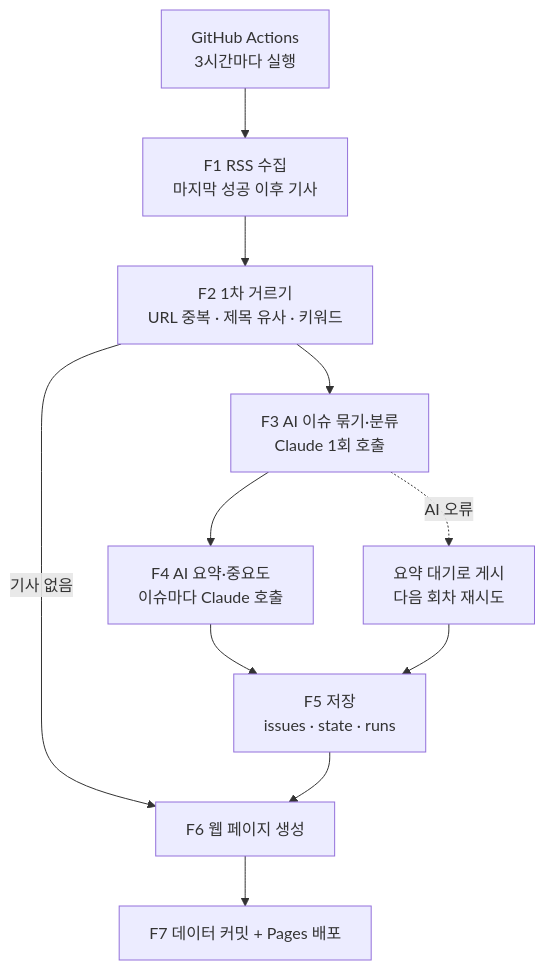
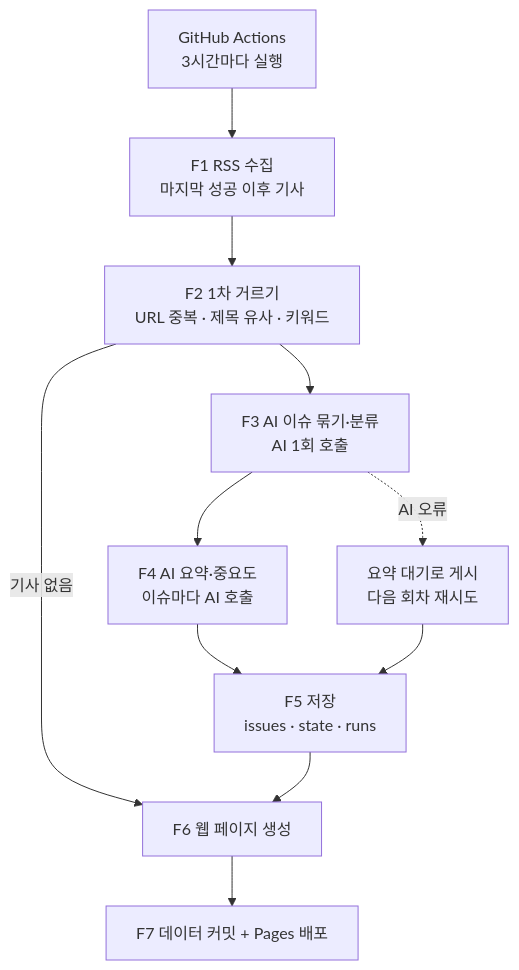
One commit to smyz1203/semicon-news-agent changed the diagram in docs/design.md. Above: the diagram before and after it, drawn with Mermaid. The commit also changed 9 other files, not shown here.

````diff
--- a/docs/design.md
+++ b/docs/design.md
@@ -26,13 +26,13 @@
 ```mermaid
 flowchart TD
     A[GitHub Actions<br/>3시간마다 실행] --> B[F1 RSS 수집<br/>마지막 성공 이후 기사]
     B --> C[F2 1차 거르기<br/>URL 중복 · 제목 유사 · 키워드]
     C -->|기사 없음| H
-    C --> D[F3 AI 이슈 묶기·분류<br/>Claude 1회 호출]
-    D --> E[F4 AI 요약·중요도<br/>이슈마다 Claude 호출]
+    C --> D[F3 AI 이슈 묶기·분류<br/>AI 1회 호출]
+    D --> E[F4 AI 요약·중요도<br/>이슈마다 AI 호출]
     E --> F[F5 저장<br/>issues · state · runs]
     D -. AI 오류 .-> G[요약 대기로 게시<br/>다음 회차 재시도]
     G --> F
     F --> H[F6 웹 페이지 생성]
     H --> I[F7 데이터 커밋 + Pages 배포]
 ```
````
